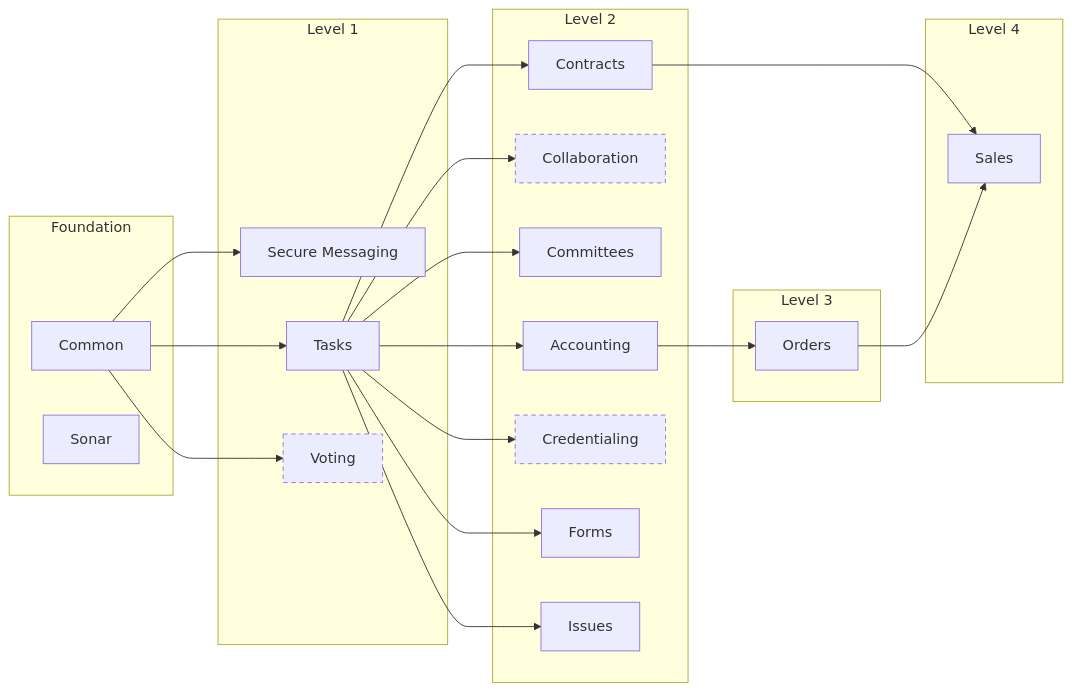
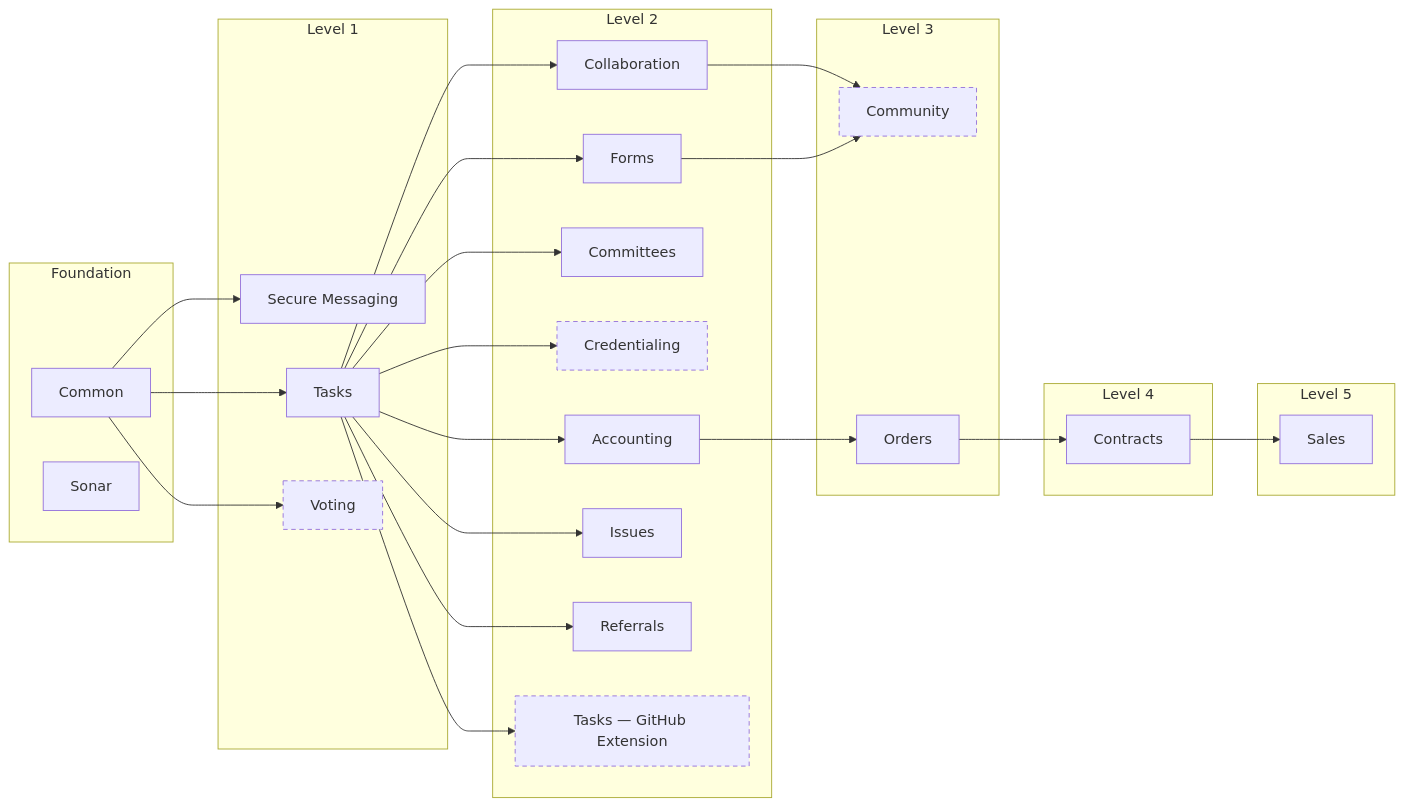
Before and after one commit to MemberJunction/MJ: the diagram in guides/BIZAPPS_GUIDE.md, drawn with Mermaid. The commit also changed other lines of this file, not shown here.

````diff
--- a/guides/BIZAPPS_GUIDE.md
+++ b/guides/BIZAPPS_GUIDE.md
@@ -19,42 +19,50 @@
 ```mermaid
 flowchart LR
   subgraph layer0["Foundation"]
     bizapps_common["Common"]
     bizapps_sonar["Sonar"]
   end
   subgraph layer1["Level 1"]
     bizapps_secure_messaging["Secure Messaging"]
     bizapps_tasks["Tasks"]
     bizapps_voting["Voting"]
   end
   subgraph layer2["Level 2"]
     bizapps_accounting["Accounting"]
     bizapps_collaboration["Collaboration"]
     bizapps_committees["Committees"]
-    bizapps_contracts["Contracts"]
     bizapps_credentialing["Credentialing"]
     bizapps_forms["Forms"]
     bizapps_issues["Issues"]
+    bizapps_referrals["Referrals"]
+    bizapps_tasks_github["Tasks — GitHub Extension"]
   end
   subgraph layer3["Level 3"]
+    bizapps_community["Community"]
     bizapps_orders["Orders"]
   end
   subgraph layer4["Level 4"]
+    bizapps_contracts["Contracts"]
+  end
+  subgraph layer5["Level 5"]
     bizapps_sales["Sales"]
   end
   bizapps_accounting --> bizapps_orders
+  bizapps_collaboration --> bizapps_community
   bizapps_common --> bizapps_secure_messaging
   bizapps_common --> bizapps_tasks
   bizapps_common --> bizapps_voting
   bizapps_contracts --> bizapps_sales
-  bizapps_orders --> bizapps_sales
+  bizapps_forms --> bizapps_community
+  bizapps_orders --> bizapps_contracts
   bizapps_tasks --> bizapps_accounting
   bizapps_tasks --> bizapps_collaboration
   bizapps_tasks --> bizapps_committees
-  bizapps_tasks --> bizapps_contracts
   bizapps_tasks --> bizapps_credentialing
   bizapps_tasks --> bizapps_forms
   bizapps_tasks --> bizapps_issues
+  bizapps_tasks --> bizapps_referrals
+  bizapps_tasks --> bizapps_tasks_github
   classDef dev stroke-dasharray: 5 4
-  class bizapps_collaboration,bizapps_credentialing,bizapps_voting dev
+  class bizapps_community,bizapps_credentialing,bizapps_tasks_github,bizapps_voting dev
 ```
````
